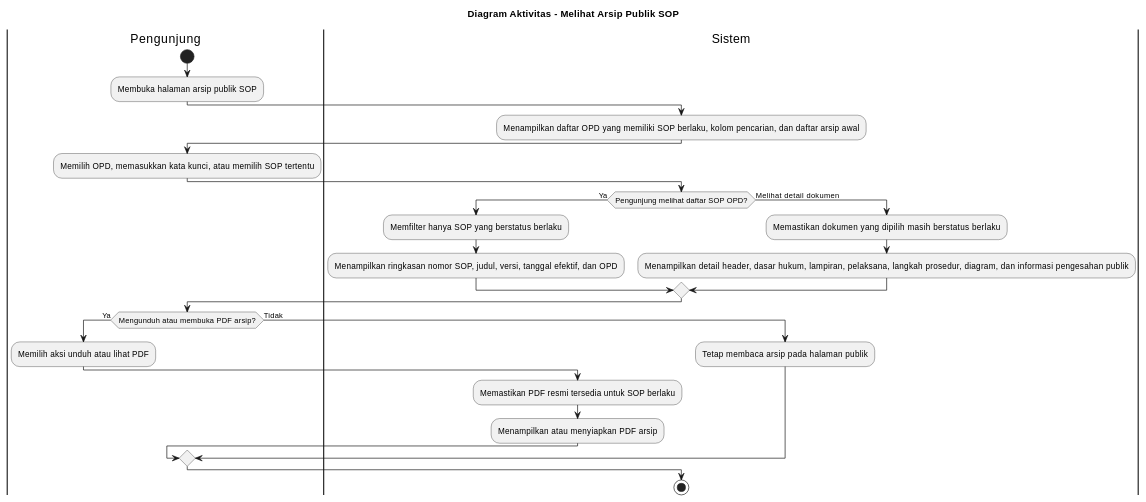
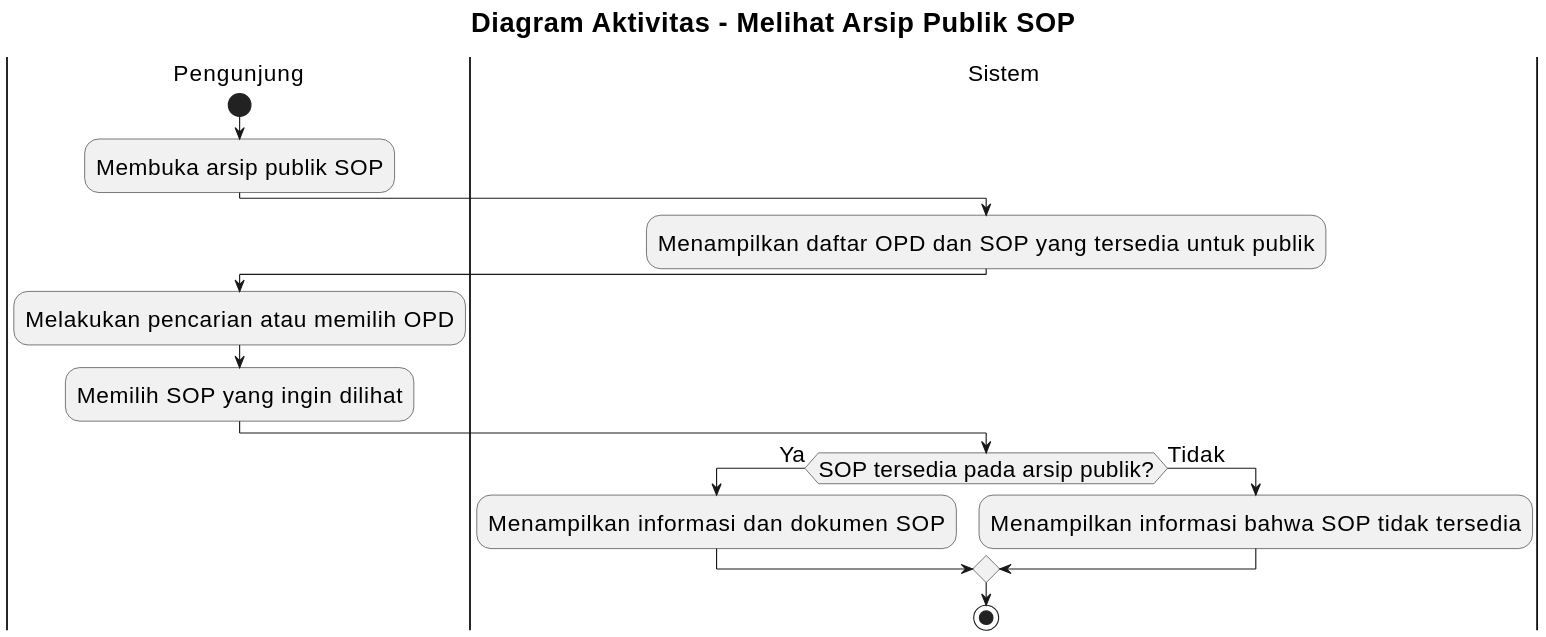
The diagram in docs/activity-diagram/lampiran/pengunjung-melihat-arsip-publik-sop.md (howlil/sop-generate-app), drawn with PlantUML before and after one commit. The commit also changed other lines of this file and 20 other files, not shown here.

Commit message:
docs(activity): align all activity diagrams with use cases

````diff
--- a/docs/activity-diagram/lampiran/pengunjung-melihat-arsip-publik-sop.md
+++ b/docs/activity-diagram/lampiran/pengunjung-melihat-arsip-publik-sop.md
@@ -16,37 +16,30 @@
 ```plantuml
 @startuml
+skinparam defaultFontSize 20
+skinparam titleFontSize 24
+skinparam dpi 160
+
 title Diagram Aktivitas - Melihat Arsip Publik SOP
 
 |Pengunjung|
 start
-:Membuka halaman arsip publik SOP;
+:Membuka arsip publik SOP;
 
 |Sistem|
-:Menampilkan daftar OPD yang memiliki SOP berlaku, kolom pencarian, dan daftar arsip awal;
+:Menampilkan daftar OPD dan SOP yang tersedia untuk publik;
 
 |Pengunjung|
-:Memilih OPD, memasukkan kata kunci, atau memilih SOP tertentu;
+:Melakukan pencarian atau memilih OPD;
+:Memilih SOP yang ingin dilihat;
 
 |Sistem|
-if (Pengunjung melihat daftar SOP OPD?) then (Ya)
-  :Memfilter hanya SOP yang berstatus berlaku;
-  :Menampilkan ringkasan nomor SOP, judul, versi, tanggal efektif, dan OPD;
-else (Melihat detail dokumen)
-  :Memastikan dokumen yang dipilih masih berstatus berlaku;
-  :Menampilkan detail header, dasar hukum, lampiran, pelaksana, langkah prosedur, diagram, dan informasi pengesahan publik;
-endif
-
-|Pengunjung|
-if (Mengunduh atau membuka PDF arsip?) then (Ya)
-  :Memilih aksi unduh atau lihat PDF;
-
-  |Sistem|
-  :Memastikan PDF resmi tersedia untuk SOP berlaku;
-  :Menampilkan atau menyiapkan PDF arsip;
+if (SOP tersedia pada arsip publik?) then (Ya)
+  :Menampilkan informasi dan dokumen SOP;
 else (Tidak)
-  :Tetap membaca arsip pada halaman publik;
+  :Menampilkan informasi bahwa SOP tidak tersedia;
 endif
 
 stop
+
 @enduml
 ```
````
